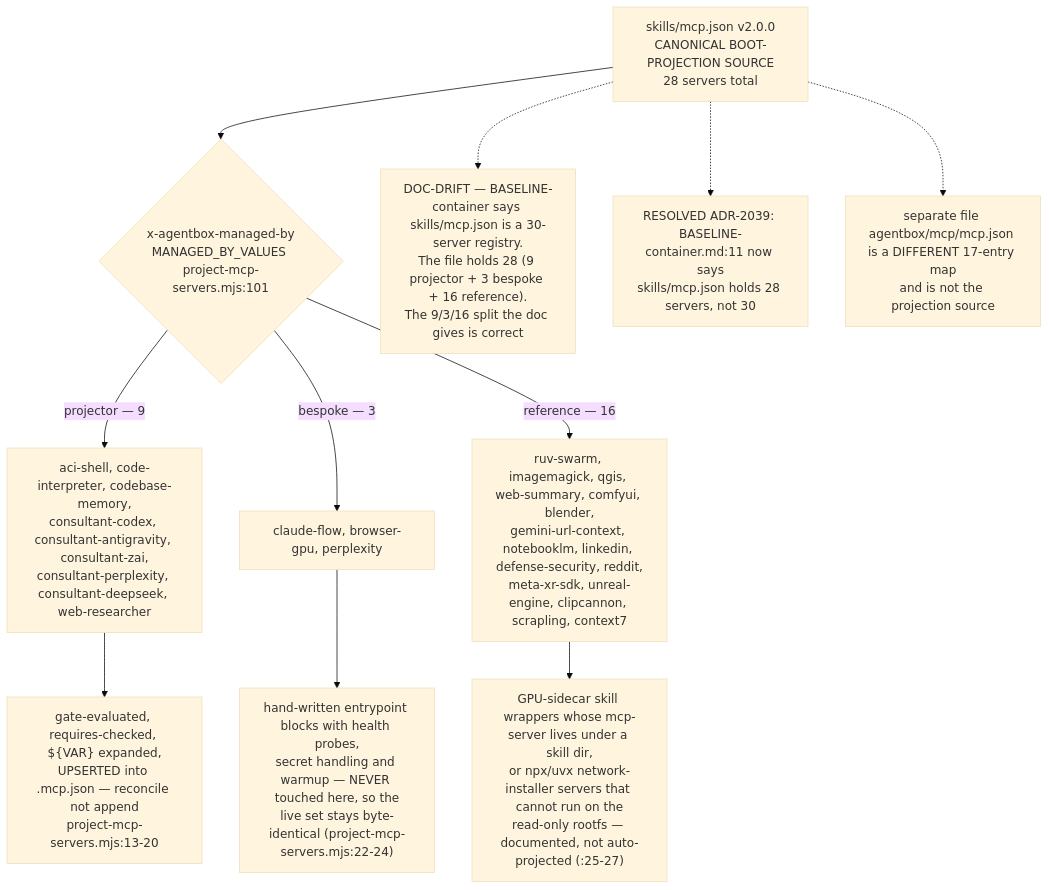
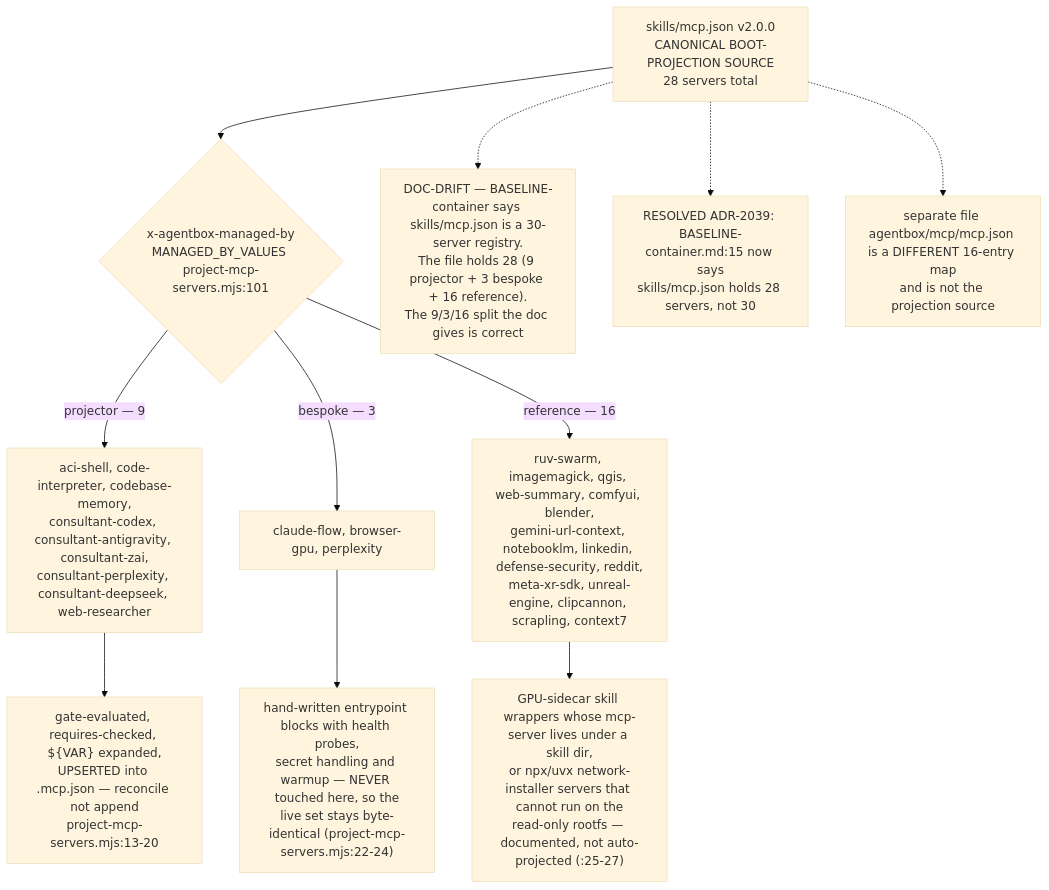
The first of 7 diagrams in docs/diagrams/agentbox/09-mcp-servers-catalogue.md (DreamLab-AI/VisionFlow), drawn with Mermaid (base theme) before and after one commit. The commit also changed other lines of this file and 136 other files, not shown here.

First line of the commit message:
docs(diagrams): refresh the whole corpus to code HEAD and prune low-value diagrams

````diff
--- a/docs/diagrams/agentbox/09-mcp-servers-catalogue.md
+++ b/docs/diagrams/agentbox/09-mcp-servers-catalogue.md
@@ -38,13 +35,13 @@
 ```mermaid
 flowchart TD
     REG["skills/mcp.json v2.0.0<br/>CANONICAL BOOT-PROJECTION SOURCE<br/>28 servers total"] --> CLS{"x-agentbox-managed-by<br/>MANAGED_BY_VALUES project-mcp-servers.mjs:101"}
     CLS -->|projector — 9| PJ["aci-shell, code-interpreter, codebase-memory,<br/>consultant-codex, consultant-antigravity, consultant-zai,<br/>consultant-perplexity, consultant-deepseek, web-researcher"]
     CLS -->|bespoke — 3| BS["claude-flow, browser-gpu, perplexity"]
     CLS -->|reference — 16| RF["ruv-swarm, imagemagick, qgis, web-summary, comfyui, blender,<br/>gemini-url-context, notebooklm, linkedin, defense-security, reddit,<br/>meta-xr-sdk, unreal-engine, clipcannon, scrapling, context7"]
     PJ --> ACT["gate-evaluated, requires-checked, ${VAR} expanded,<br/>UPSERTED into .mcp.json — reconcile not append<br/>project-mcp-servers.mjs:13-20"]
     BS --> NEVER["hand-written entrypoint blocks with health probes,<br/>secret handling and warmup — NEVER touched here, so the<br/>live set stays byte-identical (project-mcp-servers.mjs:22-24)"]
     RF --> DOC["GPU-sidecar skill wrappers whose mcp-server lives under a skill dir,<br/>or npx/uvx network-installer servers that cannot run on the<br/>read-only rootfs — documented, not auto-projected (:25-27)"]
     REG -.-> D1["DOC-DRIFT — BASELINE-container says skills/mcp.json is a 30-server registry.<br/>The file holds 28 (9 projector + 3 bespoke + 16 reference).<br/>The 9/3/16 split the doc gives is correct"]
-    REG -.-> D1R["RESOLVED ADR-2039: BASELINE-container.md:11 now says<br/>skills/mcp.json holds 28 servers, not 30"]
-    REG -.-> D2["separate file agentbox/mcp/mcp.json is a DIFFERENT 17-entry map<br/>and is not the projection source"]
+    REG -.-> D1R["RESOLVED ADR-2039: BASELINE-container.md:15 now says<br/>skills/mcp.json holds 28 servers, not 30"]
+    REG -.-> D2["separate file agentbox/mcp/mcp.json is a DIFFERENT 16-entry map<br/>and is not the projection source"]
 ```
````
